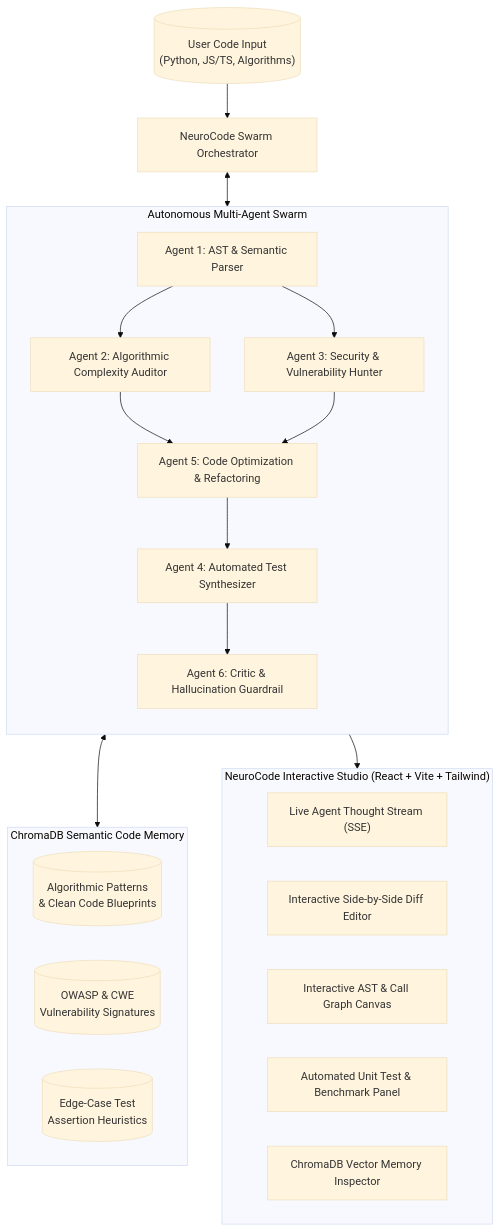
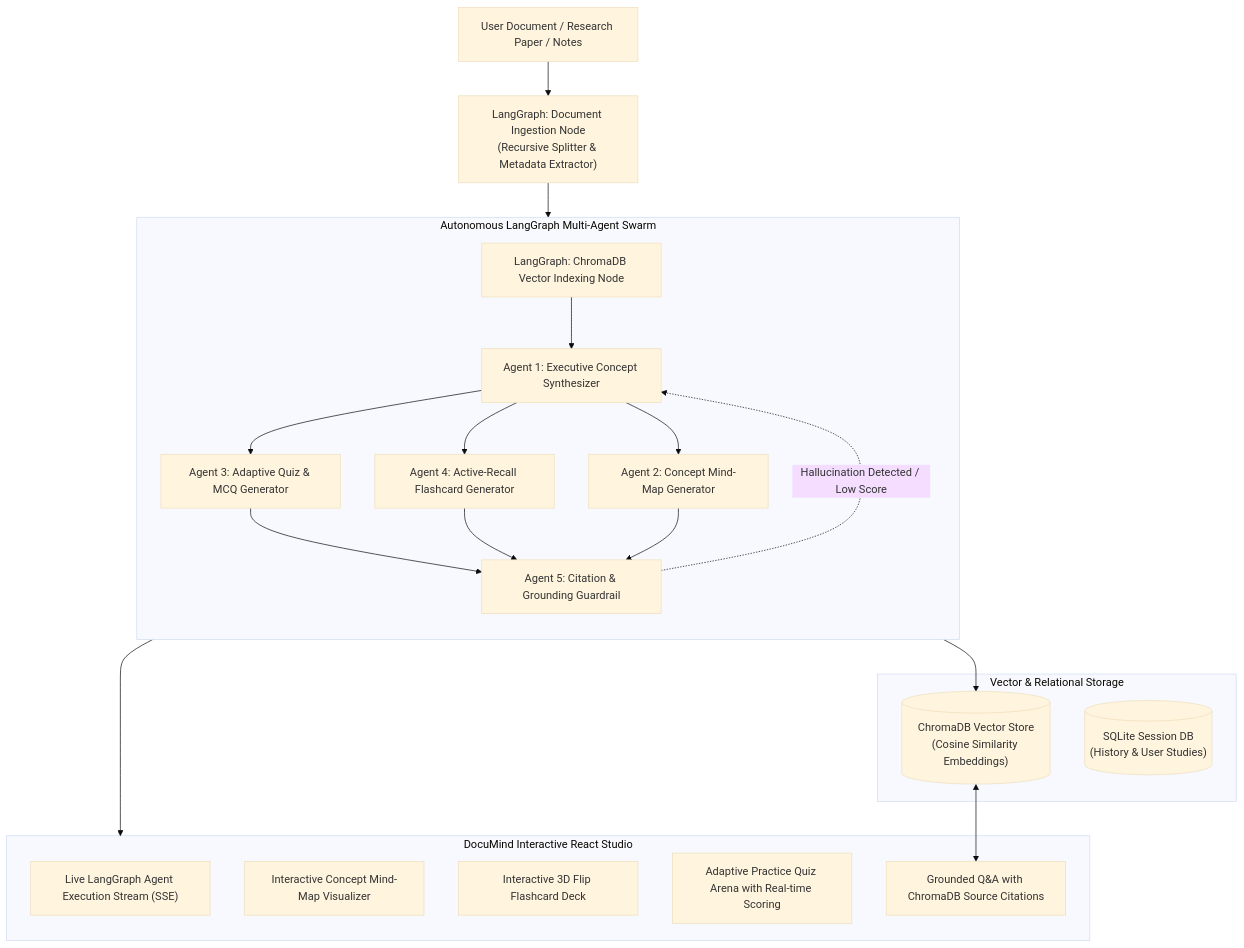
One commit to rohithuppala-code/DocuMind-AI changed the diagram in README.md. Above: the diagram before and after it, drawn with Mermaid (base theme). The commit also changed other lines of this file, not shown here.

Commit message:
docs: define DocuMind AI - Autonomous Academic Document Intelligence Platform with LangChain, LangGraph, ChromaDB, and React

````diff
--- a/README.md
+++ b/README.md
@@ -21,40 +16,37 @@
 ```mermaid
 flowchart TD
-    UserCode[("User Code Input\n(Python, JS/TS, Algorithms)")] --> Engine[NeuroCode Swarm Orchestrator]
+    UserDoc["User Document / Research Paper / Notes"] --> IngestNode["LangGraph: Document Ingestion Node\n(Recursive Splitter & Metadata Extractor)"]
     
-    subgraph MultiAgentEngine ["Autonomous Multi-Agent Swarm"]
-        direction TB
-        Agent1["Agent 1: AST & Semantic Parser"]
-        Agent2["Agent 2: Algorithmic Complexity Auditor"]
-        Agent3["Agent 3: Security & Vulnerability Hunter"]
-        Agent4["Agent 4: Automated Test Synthesizer"]
-        Agent5["Agent 5: Code Optimization & Refactoring"]
-        Agent6["Agent 6: Critic & Hallucination Guardrail"]
-        
-        Agent1 --> Agent2
-        Agent1 --> Agent3
-        Agent2 --> Agent5
-        Agent3 --> Agent5
-        Agent5 --> Agent4
-        Agent4 --> Agent6
+    subgraph StorageLayer ["Vector & Relational Storage"]
+        ChromaStore[("ChromaDB Vector Store\n(Cosine Similarity Embeddings)")]
+        SQLiteStore[("SQLite Session DB\n(History & User Studies)")]
     end
     
-    subgraph VectorMemory ["ChromaDB Semantic Code Memory"]
-        CodePatterns[("Algorithmic Patterns\n& Clean Code Blueprints")]
-        VulnSignatures[("OWASP & CWE\nVulnerability Signatures")]
-        TestTemplates[("Edge-Case Test\nAssertion Heuristics")]
-    end
-
-    Engine <--> MultiAgentEngine
-    MultiAgentEngine <--> VectorMemory
+    IngestNode --> VectorIndex["LangGraph: ChromaDB Vector Indexing Node"]
+    VectorIndex --> ChromaStore
     
-    subgraph StudioFrontend ["NeuroCode Interactive Studio (React + Vite + Tailwind)"]
-        StreamConsole["Live Agent Thought Stream (SSE)"]
-        DiffViewer["Interactive Side-by-Side Diff Editor"]
-        ASTVisualizer["Interactive AST & Call Graph Canvas"]
-        TestRunner["Automated Unit Test & Benchmark Panel"]
-        ChromaInspector["ChromaDB Vector Memory Inspector"]
+    subgraph LangGraphWorkflow ["Autonomous LangGraph Multi-Agent Swarm"]
+        direction TB
+        VectorIndex --> SynthNode["Agent 1: Executive Concept Synthesizer"]
+        SynthNode --> MindMapNode["Agent 2: Concept Mind-Map Generator"]
+        SynthNode --> QuizNode["Agent 3: Adaptive Quiz & MCQ Generator"]
+        SynthNode --> FlashcardNode["Agent 4: Active-Recall Flashcard Generator"]
+        
+        QuizNode --> GuardrailNode["Agent 5: Citation & Grounding Guardrail"]
+        FlashcardNode --> GuardrailNode
+        MindMapNode --> GuardrailNode
+        
+        GuardrailNode -.->|Hallucination Detected / Low Score| SynthNode
     end
     
-    MultiAgentEngine --> StudioFrontend
+    subgraph ReactFrontend ["DocuMind Interactive React Studio"]
+        StreamTerminal["Live LangGraph Agent Execution Stream (SSE)"]
+        MindMapView["Interactive Concept Mind-Map Visualizer"]
+        FlashcardDeck["Interactive 3D Flip Flashcard Deck"]
+        QuizArena["Adaptive Practice Quiz Arena with Real-time Scoring"]
+        RAGChat["Grounded Q&A with ChromaDB Source Citations"]
+    end
+    
+    GuardrailNode --> ReactFrontend
+    ChromaStore <--> RAGChat
 ```
````
